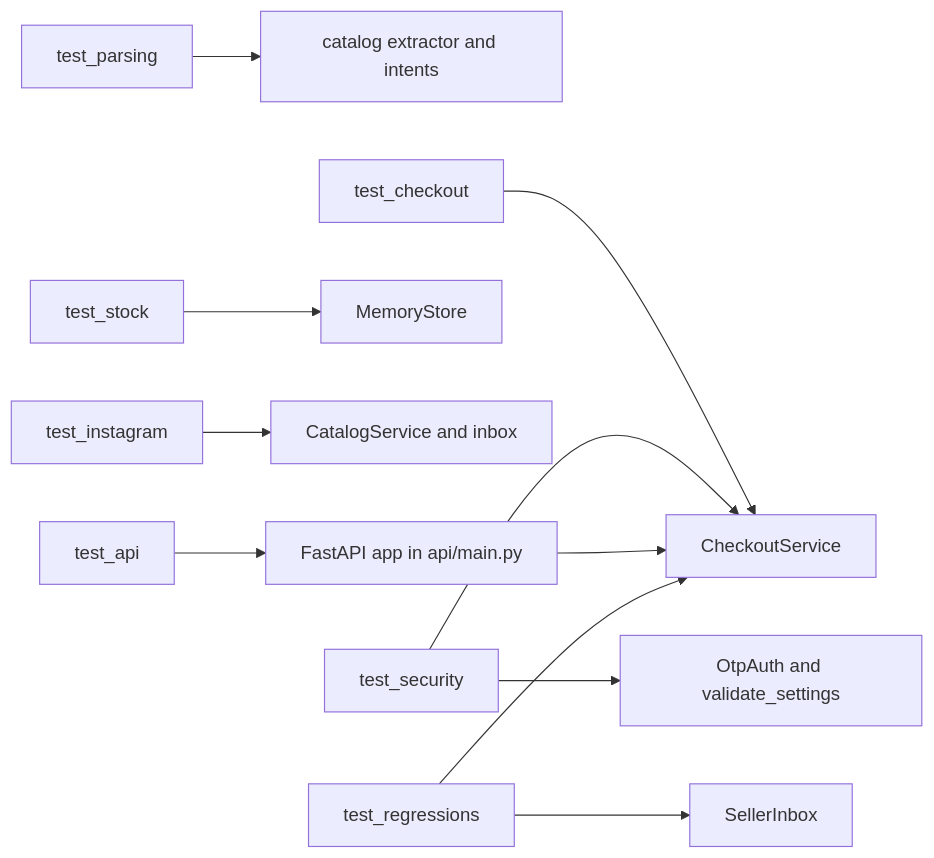
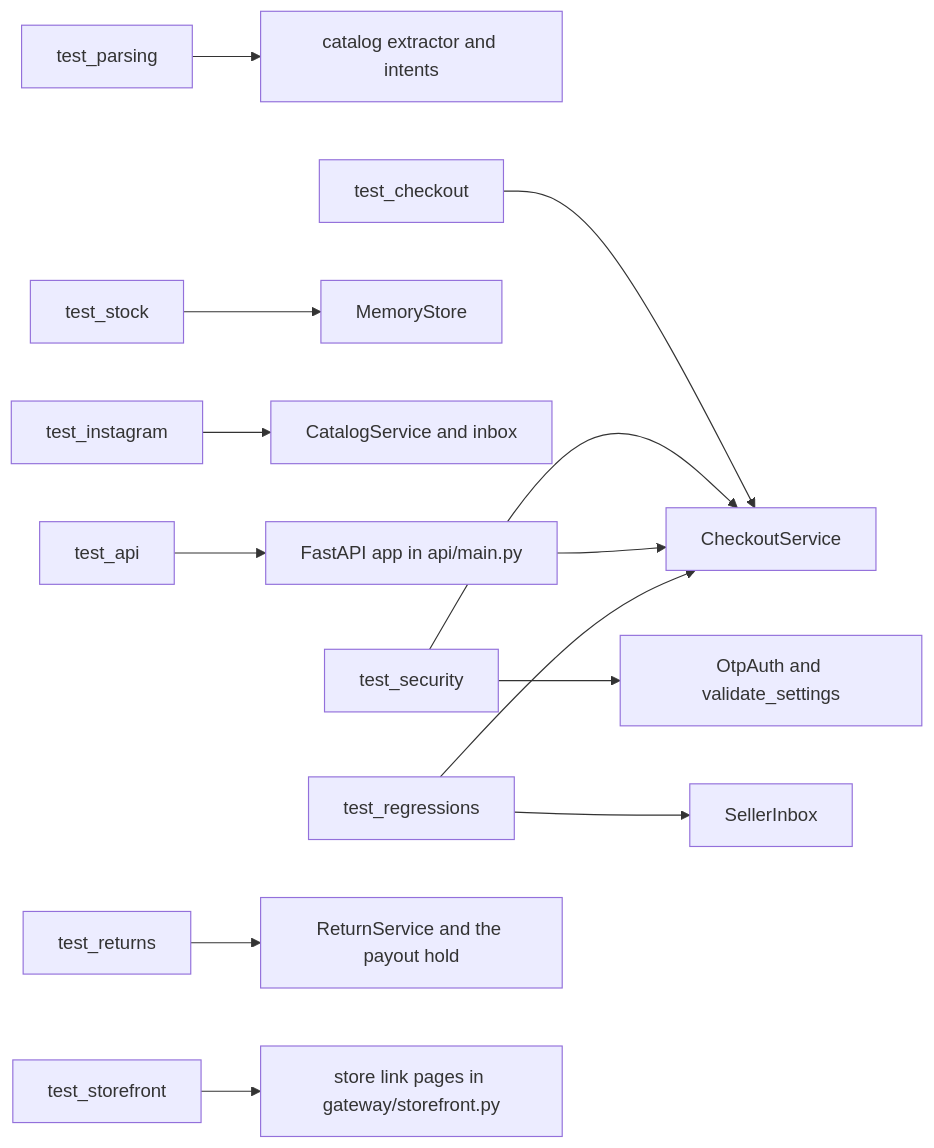
Before and after one commit to galihsatriawan/etalase: the diagram in learn/ship/testing.md, drawn with Mermaid. The commit also changed other lines of this file and 106 other files, not shown here.

````diff
--- a/learn/ship/testing.md
+++ b/learn/ship/testing.md
@@ -48,13 +52,15 @@
 ```mermaid
 flowchart LR
   P[test_parsing] --> X[catalog extractor and intents]
   K[test_checkout] --> C[CheckoutService]
   S[test_stock] --> M[MemoryStore]
   I[test_instagram] --> CS[CatalogService and inbox]
   SEC[test_security] --> C
   SEC --> AU[OtpAuth and validate_settings]
   A[test_api] --> F[FastAPI app in api/main.py]
   F --> C
   R[test_regressions] --> C
   R --> IN[SellerInbox]
+  RET[test_returns] --> RS[ReturnService and the payout hold]
+  SF[test_storefront] --> PG[store link pages in gateway/storefront.py]
 ```
````
